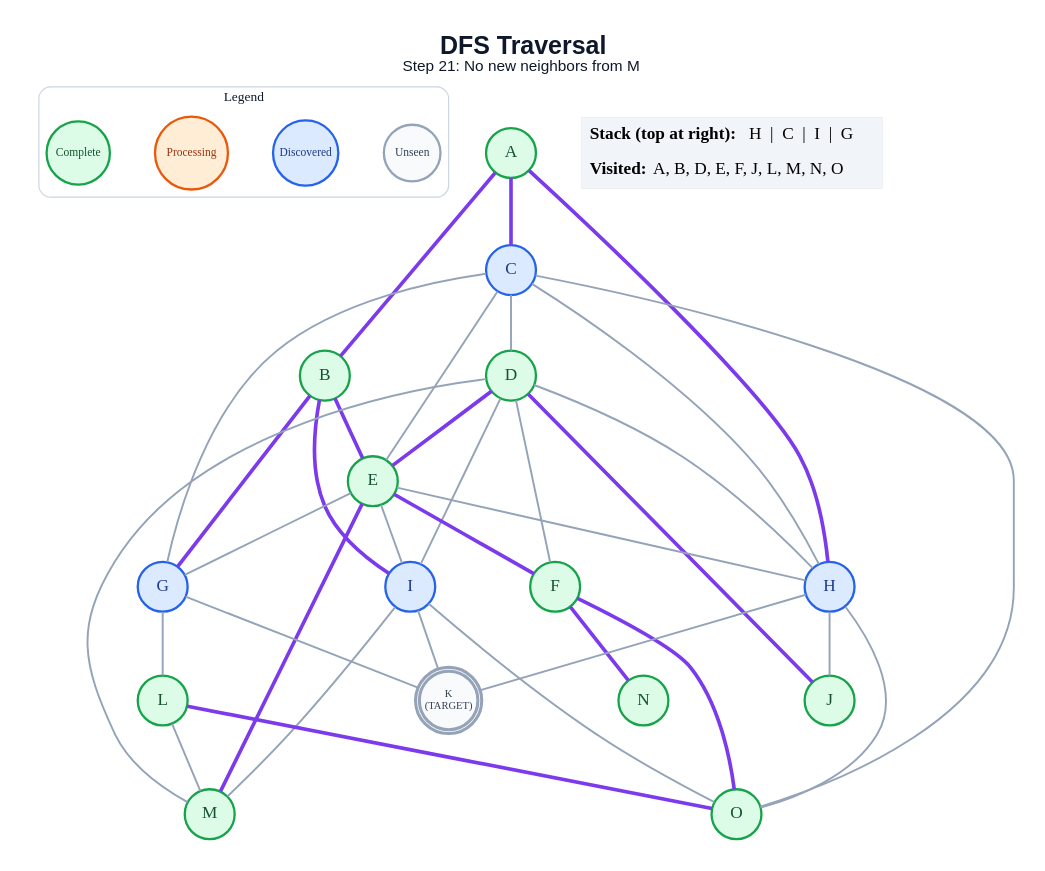
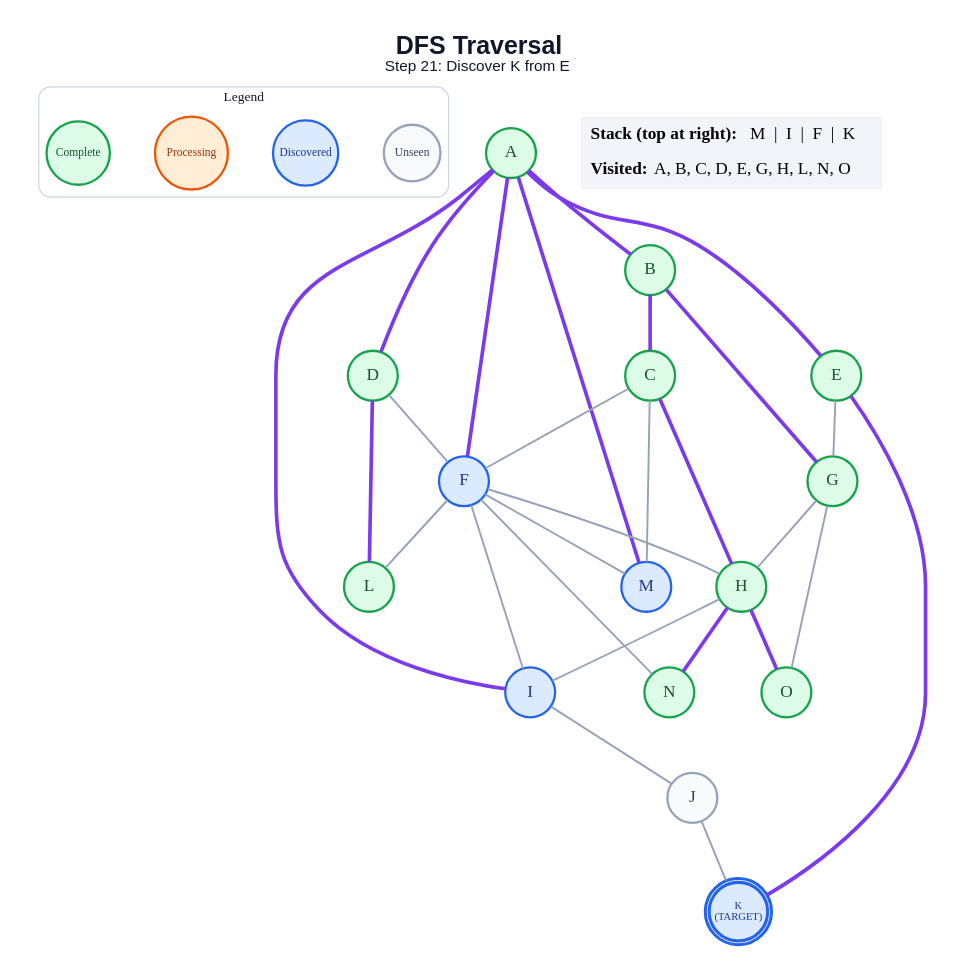
One commit to anon7238593-create/ai-slop changed the diagram in generated/specific-node/dfs/step_21.dot. Above: the diagram before and after it, drawn with Graphviz. The commit also changed 285 other files, not shown here.

```diff
--- a/generated/specific-node/dfs/step_21.dot
+++ b/generated/specific-node/dfs/step_21.dot
@@ -1,68 +1,61 @@
 graph traversal {
   graph [layout=dot, rankdir=TB, bgcolor="#FFFFFF", pad="0.35", nodesep="0.65", ranksep="0.8", fontname="Arial"];
   node [shape=circle, style="filled", fontname="Arial Bold", fontsize=18, width=0.72, fixedsize=true, penwidth=2.4];
   edge [color="#94A3B8", penwidth=2.0];
-  label=<<B>DFS Traversal</B><BR/><FONT POINT-SIZE="16">Step 21: No new neighbors from M</FONT>>; labelloc="t"; fontsize=26; fontname="Arial"; fontcolor="#0F172A";
+  label=<<B>DFS Traversal</B><BR/><FONT POINT-SIZE="16">Step 21: Discover K from E</FONT>>; labelloc="t"; fontsize=26; fontname="Arial"; fontcolor="#0F172A";
   subgraph cluster_legend { label="Legend"; color="#CBD5E1"; penwidth=1.2; style="rounded"; fontsize=14; fontname="Arial Bold";
     key_unseen [label="Unseen", fillcolor="#F8FAFC", color="#94A3B8", fontcolor="#334155", fontsize=12, width=0.82];
     key_frontier [label="Discovered", fillcolor="#DBEAFE", color="#2563EB", fontcolor="#1E3A8A", fontsize=12, width=0.95];
     key_current [label="Processing", fillcolor="#FFEDD5", color="#EA580C", fontcolor="#9A3412", fontsize=12, width=1.05];
     key_done [label="Complete", fillcolor="#DCFCE7", color="#16A34A", fontcolor="#14532D", fontsize=12, width=0.92];
     { rank=same; key_unseen; key_frontier; key_current; key_done; }
   }
   A [label="A", fillcolor="#DCFCE7", color="#16A34A", fontcolor="#14532D", peripheries=1, penwidth=2.4];
   B [label="B", fillcolor="#DCFCE7", color="#16A34A", fontcolor="#14532D", peripheries=1, penwidth=2.4];
-  C [label="C", fillcolor="#DBEAFE", color="#2563EB", fontcolor="#1E3A8A", peripheries=1, penwidth=2.4];
+  C [label="C", fillcolor="#DCFCE7", color="#16A34A", fontcolor="#14532D", peripheries=1, penwidth=2.4];
   D [label="D", fillcolor="#DCFCE7", color="#16A34A", fontcolor="#14532D", peripheries=1, penwidth=2.4];
   E [label="E", fillcolor="#DCFCE7", color="#16A34A", fontcolor="#14532D", peripheries=1, penwidth=2.4];
-  F [label="F", fillcolor="#DCFCE7", color="#16A34A", fontcolor="#14532D", peripheries=1, penwidth=2.4];
-  G [label="G", fillcolor="#DBEAFE", color="#2563EB", fontcolor="#1E3A8A", peripheries=1, penwidth=2.4];
-  H [label="H", fillcolor="#DBEAFE", color="#2563EB", fontcolor="#1E3A8A", peripheries=1, penwidth=2.4];
+  F [label="F", fillcolor="#DBEAFE", color="#2563EB", fontcolor="#1E3A8A", peripheries=1, penwidth=2.4];
+  G [label="G", fillcolor="#DCFCE7", color="#16A34A", fontcolor="#14532D", peripheries=1, penwidth=2.4];
+  H [label="H", fillcolor="#DCFCE7", color="#16A34A", fontcolor="#14532D", peripheries=1, penwidth=2.4];
   I [label="I", fillcolor="#DBEAFE", color="#2563EB", fontcolor="#1E3A8A", peripheries=1, penwidth=2.4];
-  J [label="J", fillcolor="#DCFCE7", color="#16A34A", fontcolor="#14532D", peripheries=1, penwidth=2.4];
-  K [label="K\n(TARGET)", fillcolor="#F8FAFC", color="#94A3B8", fontcolor="#334155", peripheries=2, penwidth=3.2, fontsize=11, width=0.85, height=0.85];
+  J [label="J", fillcolor="#F8FAFC", color="#94A3B8", fontcolor="#334155", peripheries=1, penwidth=2.4];
+  K [label="K\n(TARGET)", fillcolor="#DBEAFE", color="#2563EB", fontcolor="#1E3A8A", peripheries=2, penwidth=3.2, fontsize=11, width=0.85, height=0.85];
   L [label="L", fillcolor="#DCFCE7", color="#16A34A", fontcolor="#14532D", peripheries=1, penwidth=2.4];
-  M [label="M", fillcolor="#DCFCE7", color="#16A34A", fontcolor="#14532D", peripheries=1, penwidth=2.4];
+  M [label="M", fillcolor="#DBEAFE", color="#2563EB", fontcolor="#1E3A8A", peripheries=1, penwidth=2.4];
   N [label="N", fillcolor="#DCFCE7", color="#16A34A", fontcolor="#14532D", peripheries=1, penwidth=2.4];
   O [label="O", fillcolor="#DCFCE7", color="#16A34A", fontcolor="#14532D", peripheries=1, penwidth=2.4];
   A -- B [color="#7C3AED", penwidth=3.8];
-  A -- C [color="#7C3AED", penwidth=3.8];
-  A -- H [color="#7C3AED", penwidth=3.8];
-  B -- E [color="#7C3AED", penwidth=3.8];
+  A -- D [color="#7C3AED", penwidth=3.8];
+  A -- E [color="#7C3AED", penwidth=3.8];
+  A -- F [color="#7C3AED", penwidth=3.8];
+  A -- I [color="#7C3AED", penwidth=3.8];
+  A -- M [color="#7C3AED", penwidth=3.8];
+  B -- C [color="#7C3AED", penwidth=3.8];
   B -- G [color="#7C3AED", penwidth=3.8];
-  B -- I [color="#7C3AED", penwidth=3.8];
-  C -- D;
-  C -- E;
-  C -- G;
-  C -- H;
-  C -- O;
-  D -- E [color="#7C3AED", penwidth=3.8];
+  C -- F;
+  C -- H [color="#7C3AED", penwidth=3.8];
+  C -- M;
   D -- F;
-  D -- H;
-  D -- I;
-  D -- J [color="#7C3AED", penwidth=3.8];
-  D -- M;
-  E -- F [color="#7C3AED", penwidth=3.8];
+  D -- L [color="#7C3AED", penwidth=3.8];
   E -- G;
-  E -- H;
-  E -- I;
-  E -- M [color="#7C3AED", penwidth=3.8];
-  F -- N [color="#7C3AED", penwidth=3.8];
-  F -- O [color="#7C3AED", penwidth=3.8];
-  G -- K;
-  G -- L;
-  H -- J;
-  H -- K;
-  H -- O;
-  I -- K;
-  I -- M;
-  I -- O;
-  L -- M;
-  L -- O [color="#7C3AED", penwidth=3.8];
+  E -- K [color="#7C3AED", penwidth=3.8];
+  F -- H;
+  F -- I;
+  F -- L;
+  F -- M;
+  F -- N;
+  G -- H;
+  G -- O;
+  H -- I;
+  H -- N [color="#7C3AED", penwidth=3.8];
+  H -- O [color="#7C3AED", penwidth=3.8];
+  I -- J;
+  J -- K;
   status [shape=plain, fixedsize=false, width=0, height=0, margin=0, label=<
     <TABLE BORDER="0" CELLBORDER="0" CELLPADDING="7" BGCOLOR="#F1F5F9">
-      <TR><TD ALIGN="LEFT"><B>Stack (top at right):</B> H  |  C  |  I  |  G</TD></TR>
-      <TR><TD ALIGN="LEFT"><B>Visited:</B> A, B, D, E, F, J, L, M, N, O</TD></TR>
+      <TR><TD ALIGN="LEFT"><B>Stack (top at right):</B> M  |  I  |  F  |  K</TD></TR>
+      <TR><TD ALIGN="LEFT"><B>Visited:</B> A, B, C, D, E, G, H, L, N, O</TD></TR>
     </TABLE>
   >];
 }
```
